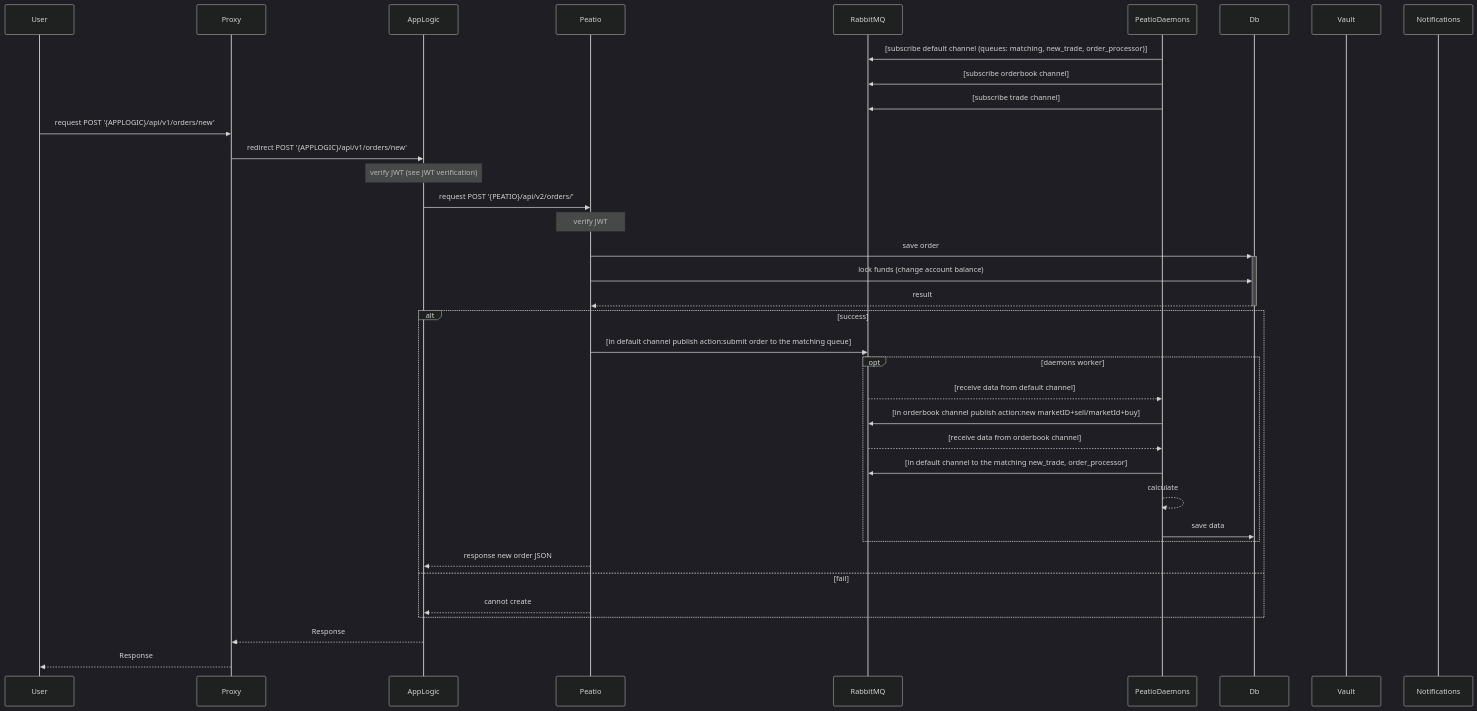
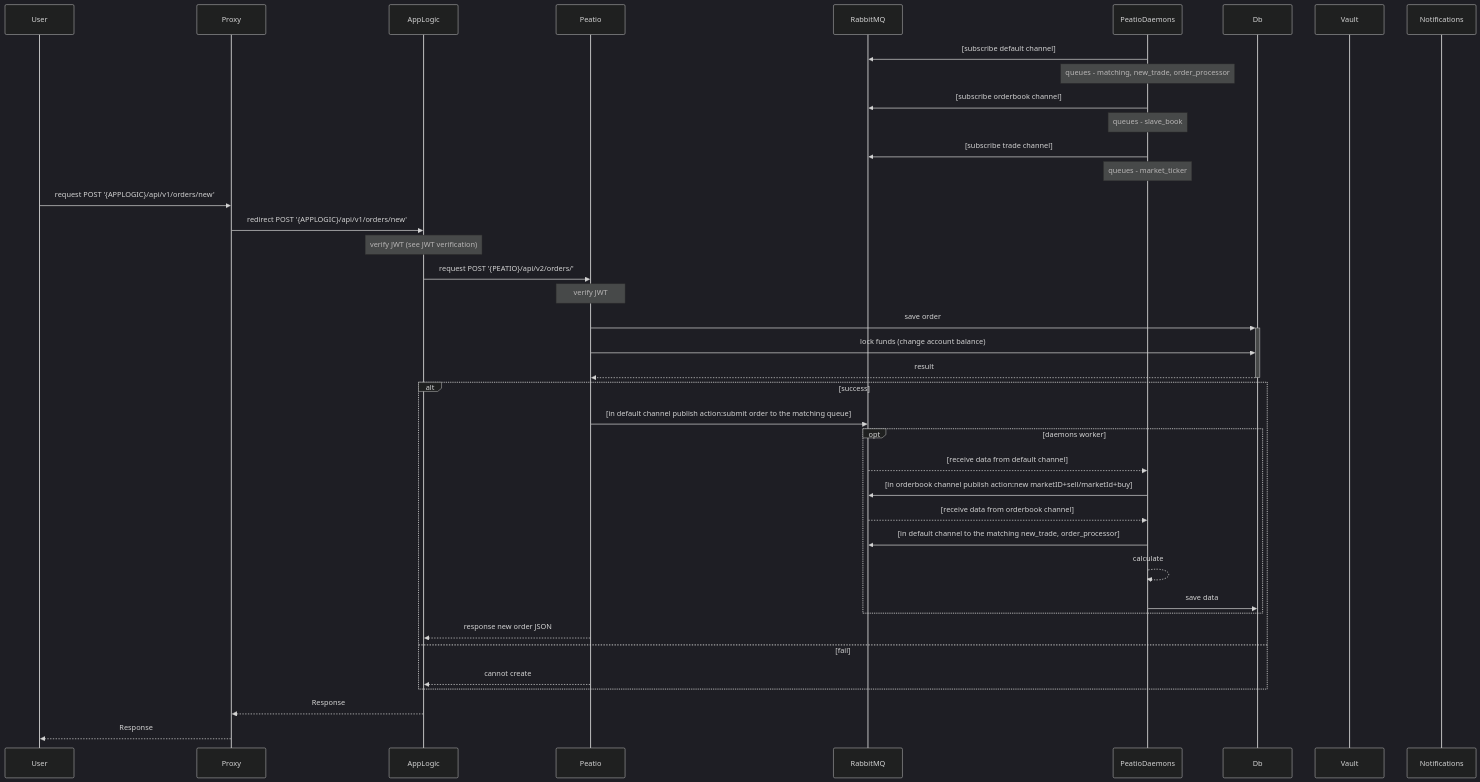
Before and after one commit to sergii-savchenko/rkcp_arch: the first of 9 diagrams in content/3.010.orders.md, drawn with Mermaid (dark theme). The commit also changed other lines of this file and 2 other files, not shown here.

````diff
--- a/content/3.010.orders.md
+++ b/content/3.010.orders.md
@@ -5,40 +5,43 @@
 ```mermaid
 sequenceDiagram
     participant User
     participant Proxy
     participant AppLogic
     participant Peatio
     participant RabbitMQ
     participant PeatioDaemons
     participant Db
     participant Vault
     participant Notifications
 
-    PeatioDaemons->>RabbitMQ: [subscribe default channel (queues: matching, new_trade, order_processor)]
+    PeatioDaemons->>RabbitMQ: [subscribe default channel]
+    Note over PeatioDaemons: queues - matching, new_trade, order_processor
     PeatioDaemons->>RabbitMQ: [subscribe orderbook channel]
+    Note over PeatioDaemons: queues - slave_book
     PeatioDaemons->>RabbitMQ: [subscribe trade channel]
+    Note over PeatioDaemons: queues - market_ticker
     User->>Proxy: request POST '{APPLOGIC}/api/v1/orders/new'
     Proxy->>AppLogic: redirect POST '{APPLOGIC}/api/v1/orders/new'
     Note over AppLogic: verify JWT (see JWT verification)
     AppLogic->>Peatio: request POST '{PEATIO}/api/v2/orders/'
     Note over Peatio: verify JWT
     Peatio->>+Db: save order
     Peatio->>Db: lock funds (change account balance)
     Db-->>-Peatio: result
     alt success
         Peatio->>RabbitMQ: [in default channel publish action:submit order to the matching queue]
         opt daemons worker
             RabbitMQ-->>PeatioDaemons: [receive data from default channel]
             PeatioDaemons->>RabbitMQ: [in orderbook channel publish action:new marketID+sell/marketId+buy]
             RabbitMQ-->>PeatioDaemons: [receive data from orderbook channel]
             PeatioDaemons->>RabbitMQ: [in default channel to the matching new_trade, order_processor]
             PeatioDaemons-->>PeatioDaemons: calculate
             PeatioDaemons->>Db: save data
         end
         Peatio-->>AppLogic: response new order JSON
     else fail
         Peatio-->>AppLogic: cannot create
     end
     AppLogic-->>Proxy: Response
     Proxy-->>User: Response
 ```
````
